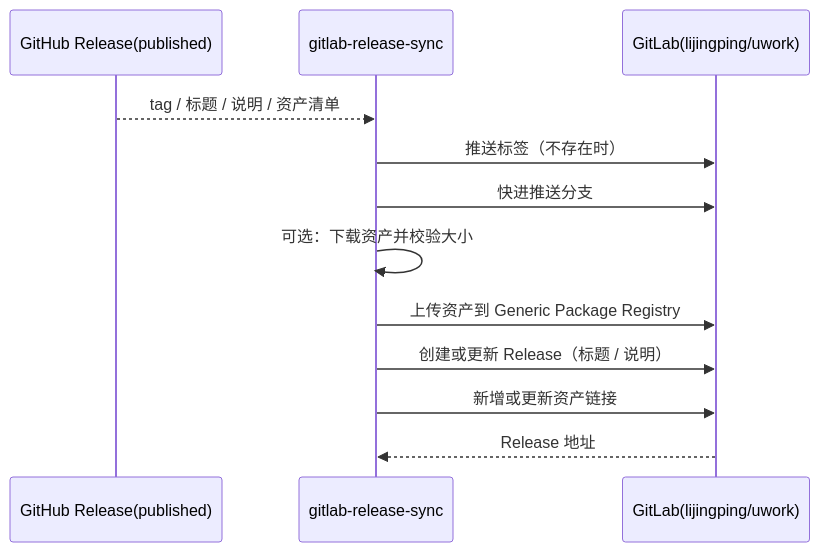
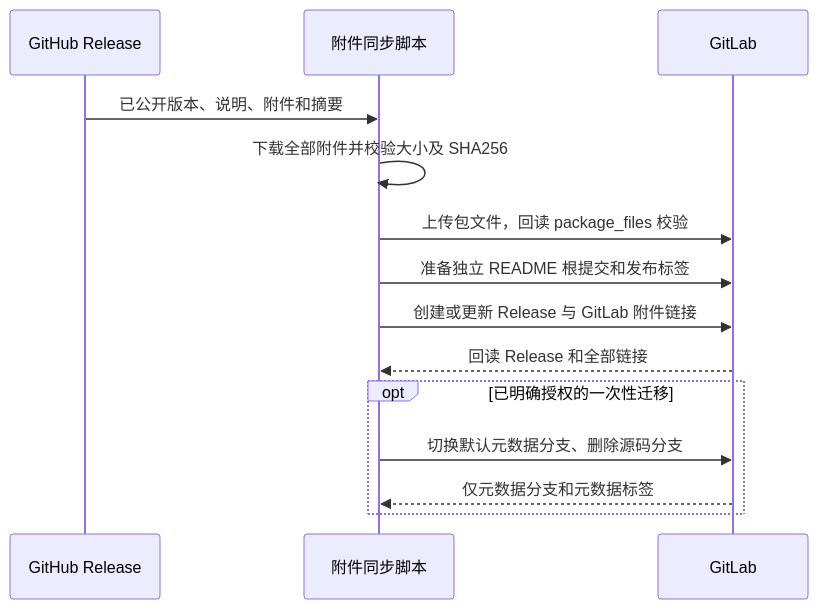
Before and after one commit to Jas0nxlee/UWork_frontend: the diagram in specs/gitlab-release-sync.md, drawn with Mermaid. The commit also changed other lines of this file and 5 other files, not shown here.

Commit message:
fix: publish GitLab release files without mirroring source

````diff
--- a/specs/gitlab-release-sync.md
+++ b/specs/gitlab-release-sync.md
@@ -30,14 +25,16 @@
 ```mermaid
 sequenceDiagram
-    participant GH as GitHub Release(published)
-    participant WF as gitlab-release-sync
-    participant GL as GitLab(lijingping/uwork)
-    GH-->>WF: tag / 标题 / 说明 / 资产清单
-    WF->>GL: 推送标签（不存在时）
-    WF->>GL: 快进推送分支
-    WF->>WF: 可选：下载资产并校验大小
-    WF->>GL: 上传资产到 Generic Package Registry
-    WF->>GL: 创建或更新 Release（标题 / 说明）
-    WF->>GL: 新增或更新资产链接
-    GL-->>WF: Release 地址
+  participant GH as GitHub Release
+  participant WF as 附件同步脚本
+  participant GL as GitLab
+  GH->>WF: 已公开版本、说明、附件和摘要
+  WF->>WF: 下载全部附件并校验大小及 SHA256
+  WF->>GL: 上传包文件，回读 package_files 校验
+  WF->>GL: 准备独立 README 根提交和发布标签
+  WF->>GL: 创建或更新 Release 与 GitLab 附件链接
+  GL-->>WF: 回读 Release 和全部链接
+  opt 已明确授权的一次性迁移
+    WF->>GL: 切换默认元数据分支、删除源码分支
+    GL-->>WF: 仅元数据分支和元数据标签
+  end
 ```
````
